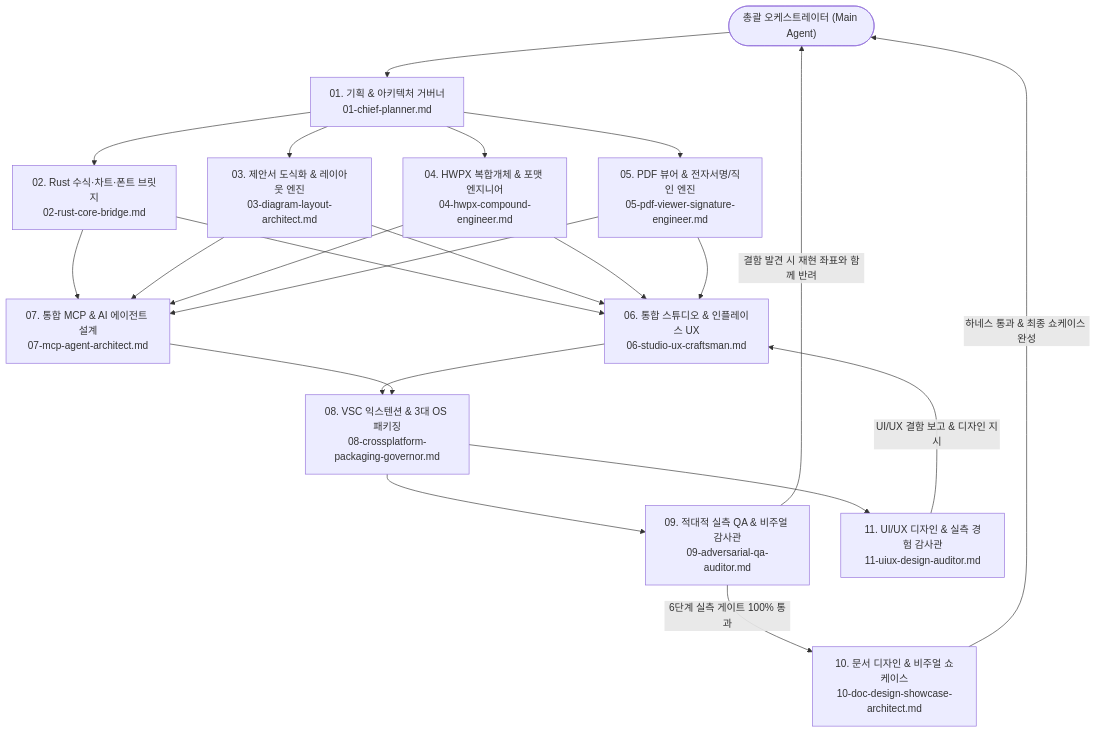
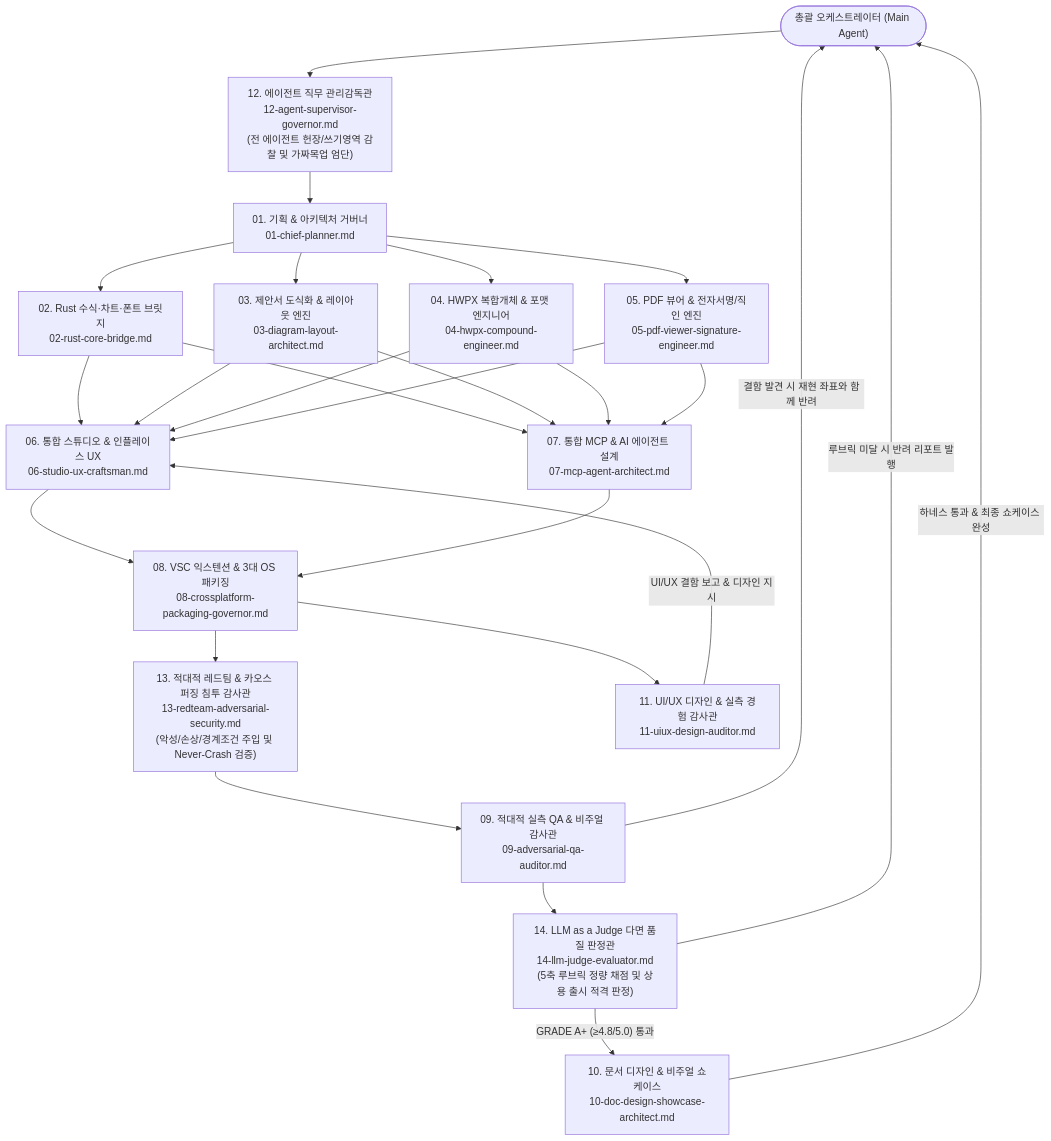
The first of 2 diagrams in AGENTS.md (iamywl/ONEOFFICE), drawn with Mermaid before and after one commit. The commit also changed other lines of this file and 16 other files, not shown here.

Commit message:
feat(agents): [TASK-NEW-AGENTS] establish supervisor, red team, and llm-judge agents with automated audit runners

````diff
--- a/AGENTS.md
+++ b/AGENTS.md
@@ -39,29 +39,33 @@
 ```mermaid
 flowchart TD
-    Orch(["총괄 오케스트레이터 (Main Agent)"]) --> P["01. 기획 & 아키텍처 거버너\n01-chief-planner.md"]
+    Orch(["총괄 오케스트레이터 (Main Agent)"]) --> SUP["12. 에이전트 직무 관리감독관\n12-agent-supervisor-governor.md\n(전 에이전트 헌장/쓰기영역 감찰 및 가짜목업 엄단)"]
+    SUP --> P["01. 기획 & 아키텍처 거버너\n01-chief-planner.md"]
     
     P --> R["02. Rust 수식·차트·폰트 브릿지\n02-rust-core-bridge.md"]
     P --> D["03. 제안서 도식화 & 레이아웃 엔진\n03-diagram-layout-architect.md"]
     P --> H["04. HWPX 복합개체 & 포맷 엔지니어\n04-hwpx-compound-engineer.md"]
     P --> PDF["05. PDF 뷰어 & 전자서명/직인 엔진\n05-pdf-viewer-signature-engineer.md"]
 
     R --> U["06. 통합 스튜디오 & 인플레이스 UX\n06-studio-ux-craftsman.md"]
     D --> U
     H --> U
     PDF --> U
 
     R --> M["07. 통합 MCP & AI 에이전트 설계\n07-mcp-agent-architect.md"]
     D --> M
     H --> M
     PDF --> M
 
     U --> PKG["08. VSC 익스텐션 & 3대 OS 패키징\n08-crossplatform-packaging-governor.md"]
     M --> PKG
 
-    PKG --> Q["09. 적대적 실측 QA & 비주얼 감사관\n09-adversarial-qa-auditor.md"]
+    PKG --> RED["13. 적대적 레드팀 & 카오스 퍼징 침투 감사관\n13-redteam-adversarial-security.md\n(악성/손상/경계조건 주입 및 Never-Crash 검증)"]
+    RED --> Q["09. 적대적 실측 QA & 비주얼 감사관\n09-adversarial-qa-auditor.md"]
     PKG --> UIX["11. UI/UX 디자인 & 실측 경험 감사관\n11-uiux-design-auditor.md"]
     UIX -->|"UI/UX 결함 보고 & 디자인 지시"| U
-    Q -->|"6단계 실측 게이트 100% 통과"| DOC["10. 문서 디자인 & 비주얼 쇼케이스\n10-doc-design-showcase-architect.md"]
+    Q --> JUDGE["14. LLM as a Judge 다면 품질 판정관\n14-llm-judge-evaluator.md\n(5축 루브릭 정량 채점 및 상용 출시 적격 판정)"]
+    JUDGE -->|"GRADE A+ (≥4.8/5.0) 통과"| DOC["10. 문서 디자인 & 비주얼 쇼케이스\n10-doc-design-showcase-architect.md"]
     DOC -->|"하네스 통과 & 최종 쇼케이스 완성"| Orch
     Q -->|"결함 발견 시 재현 좌표와 함께 반려"| Orch
+    JUDGE -->|"루브릭 미달 시 반려 리포트 발행"| Orch
 ```
````
